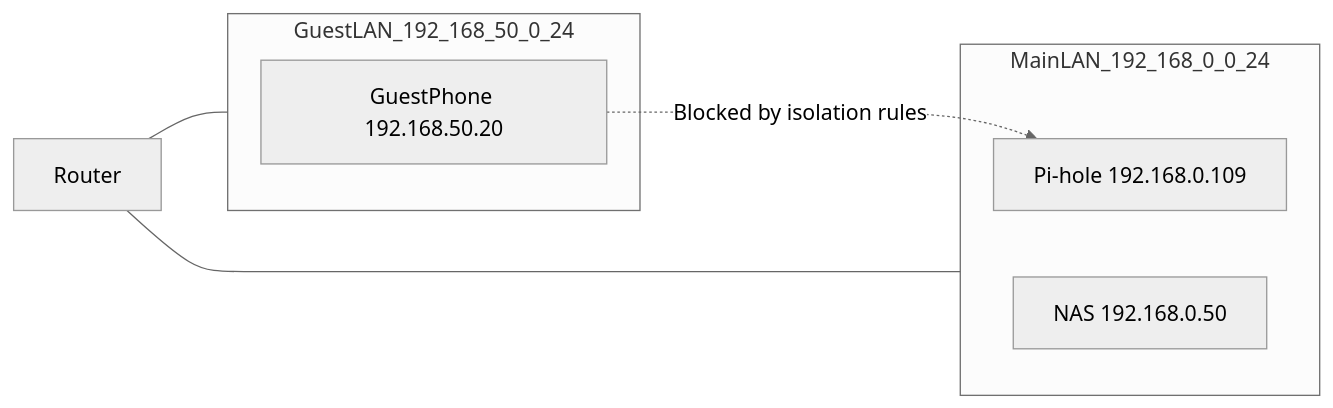
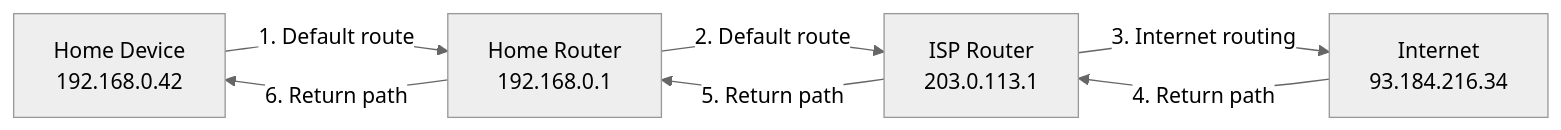
Before and after one commit to cjmaaz/ArchStarterPack: the third of 6 diagrams in networking/docs/routing-vlans-guest.md, drawn with Mermaid (neutral theme). The commit also changed other lines of this file and 74 other files, not shown here.

````diff
--- a/networking/docs/routing-vlans-guest.md
+++ b/networking/docs/routing-vlans-guest.md
@@ -29,16 +222,10 @@
 ```mermaid
 flowchart LR
-    subgraph lan [MainLAN_192_168_0_0_24]
-        Pi[Pi-hole 192.168.0.109]
-        NAS[NAS 192.168.0.50]
-    end
+    Home[Home Device<br/>192.168.0.42] -->|1. Default route| Router[Home Router<br/>192.168.0.1]
+    Router -->|2. Default route| ISP[ISP Router<br/>203.0.113.1]
+    ISP -->|3. Internet routing| Internet[Internet<br/>93.184.216.34]
 
-    subgraph guest [GuestLAN_192_168_50_0_24]
-        GuestPhone[GuestPhone 192.168.50.20]
-    end
-
-    Router[Router] --- lan
-    Router --- guest
-
-    GuestPhone -.->|Blocked by isolation rules| Pi
+    Internet -->|4. Return path| ISP
+    ISP -->|5. Return path| Router
+    Router -->|6. Return path| Home
 ```
````
